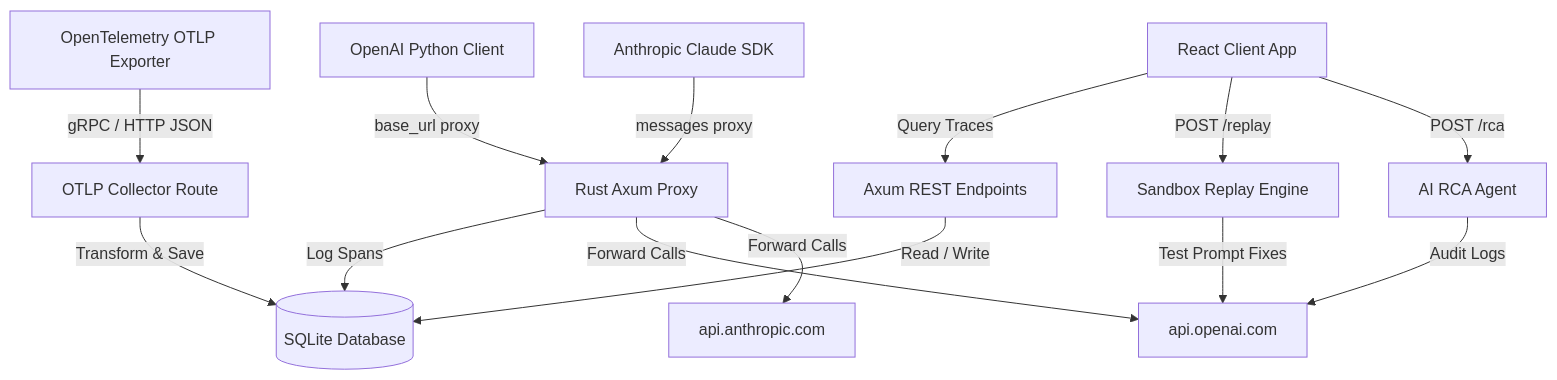
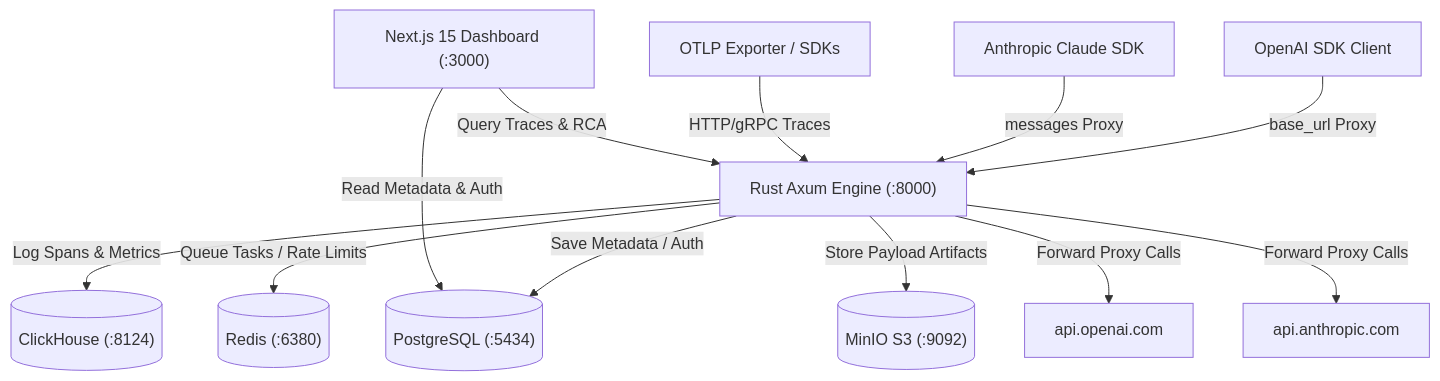
Before and after one commit to bazx-bit/solas-trace: the diagram in README.md, drawn with Mermaid. The commit also changed other lines of this file and 5 other files, not shown here.

````diff
--- a/README.md
+++ b/README.md
@@ -51,21 +52,17 @@
 ```mermaid
 graph TD
-    ClientOpenAI[OpenAI Python Client] -->|base_url proxy| Proxy[Rust Axum Proxy]
-    ClientClaude[Anthropic Claude SDK] -->|messages proxy| Proxy
-    SDK[OpenTelemetry OTLP Exporter] -->|gRPC / HTTP JSON| OTLP[OTLP Collector Route]
+    ClientOpenAI["OpenAI SDK Client"] -->|base_url Proxy| Proxy["Rust Axum Engine (:8000)"]
+    ClientClaude["Anthropic Claude SDK"] -->|messages Proxy| Proxy
+    OTLP["OTLP Exporter / SDKs"] -->|HTTP/gRPC Traces| Proxy
     
-    Proxy -->|Log Spans| DB[(SQLite Database)]
-    OTLP -->|Transform & Save| DB
+    Proxy -->|Save Metadata / Auth| DB[("PostgreSQL (:5434)")]
+    Proxy -->|Log Spans & Metrics| CH[("ClickHouse (:8124)")]
+    Proxy -->|Queue Tasks / Rate Limits| Redis[("Redis (:6380)")]
+    Proxy -->|Store Payload Artifacts| MinIO[("MinIO S3 (:9092)")]
     
-    Proxy -->|Forward Calls| OpenAI_API[api.openai.com]
-    Proxy -->|Forward Calls| Anthropic_API[api.anthropic.com]
+    Proxy -->|Forward Proxy Calls| OpenAI_API["api.openai.com"]
+    Proxy -->|Forward Proxy Calls| Anthropic_API["api.anthropic.com"]
     
-    Dashboard[React Client App] -->|Query Traces| Backend[Axum REST Endpoints]
-    Backend -->|Read / Write| DB
-    
-    Dashboard -->|POST /replay| Replay[Sandbox Replay Engine]
-    Replay -->|Test Prompt Fixes| OpenAI_API
-    
-    Dashboard -->|POST /rca| RCA[AI RCA Agent]
-    RCA -->|Audit Logs| OpenAI_API
+    Dashboard["Next.js 15 Dashboard (:3000)"] -->|Query Traces & RCA| Proxy
+    Dashboard -->|Read Metadata & Auth| DB
 ```
````
